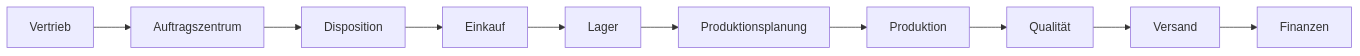
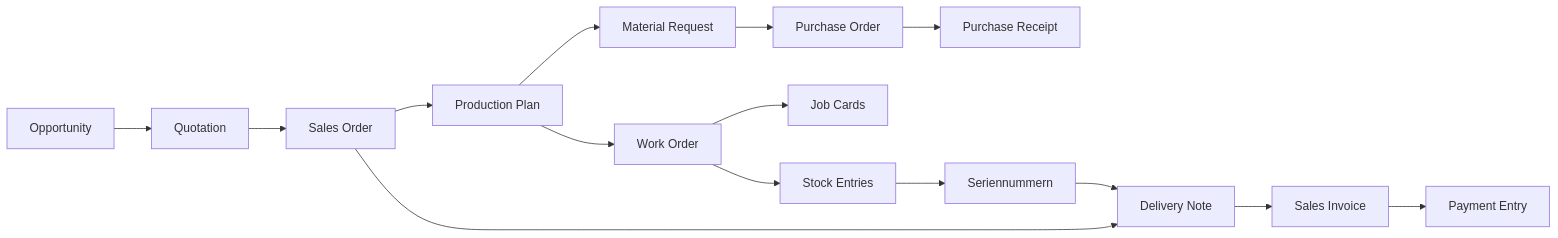
Before and after one commit to BasKjell/ERP_Eigenbau: the second of 2 diagrams in docs/processes/order-to-cash/overview.md, drawn with Mermaid. The commit also changed other lines of this file and 247 other files, not shown here.

````diff
--- a/docs/processes/order-to-cash/overview.md
+++ b/docs/processes/order-to-cash/overview.md
@@ -58,12 +107,17 @@
 ```mermaid
 flowchart LR
-  V[Vertrieb] --> AZ[Auftragszentrum]
-  AZ --> DP[Disposition]
-  DP --> EK[Einkauf]
-  EK --> LG[Lager]
-  LG --> PP[Produktionsplanung]
-  PP --> PR[Produktion]
-  PR --> QS[Qualität]
-  QS --> VS[Versand]
-  VS --> FI[Finanzen]
+  OPP[Opportunity] --> QTN[Quotation]
+  QTN --> SO[Sales Order]
+  SO --> PP[Production Plan]
+  PP --> MR[Material Request]
+  MR --> PO[Purchase Order]
+  PO --> PR[Purchase Receipt]
+  PP --> WO[Work Order]
+  WO --> JC[Job Cards]
+  WO --> SE[Stock Entries]
+  SE --> SN[Seriennummern]
+  SN --> DN[Delivery Note]
+  SO --> DN
+  DN --> SI[Sales Invoice]
+  SI --> PAY[Payment Entry]
 ```
````
